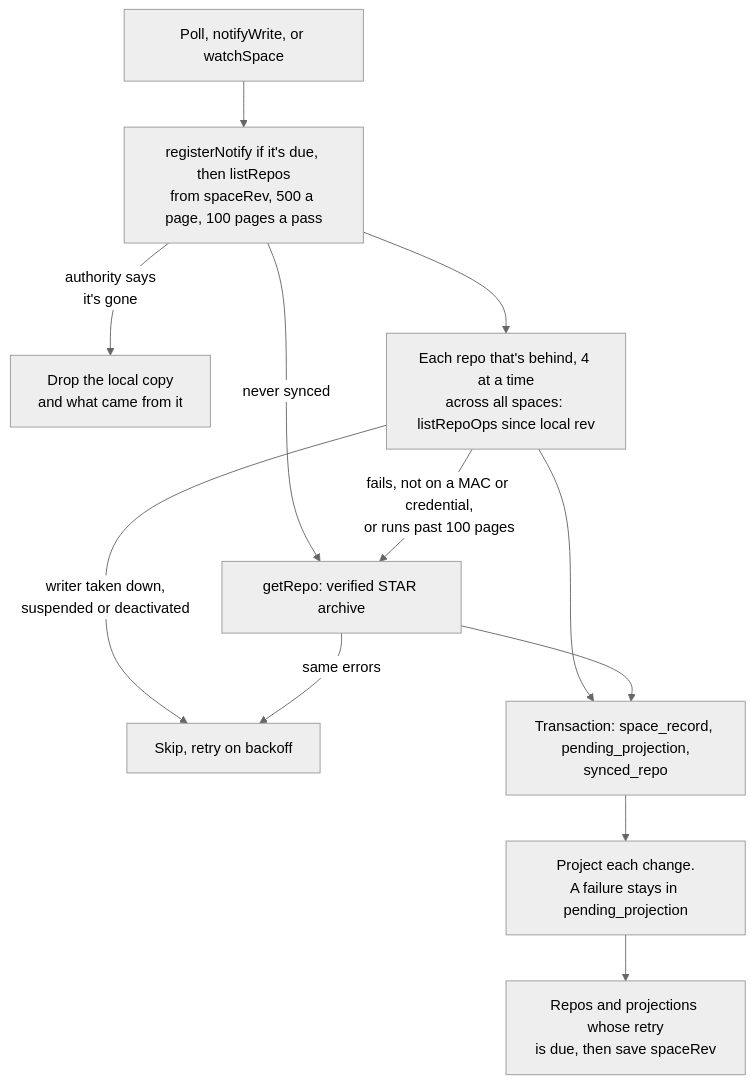
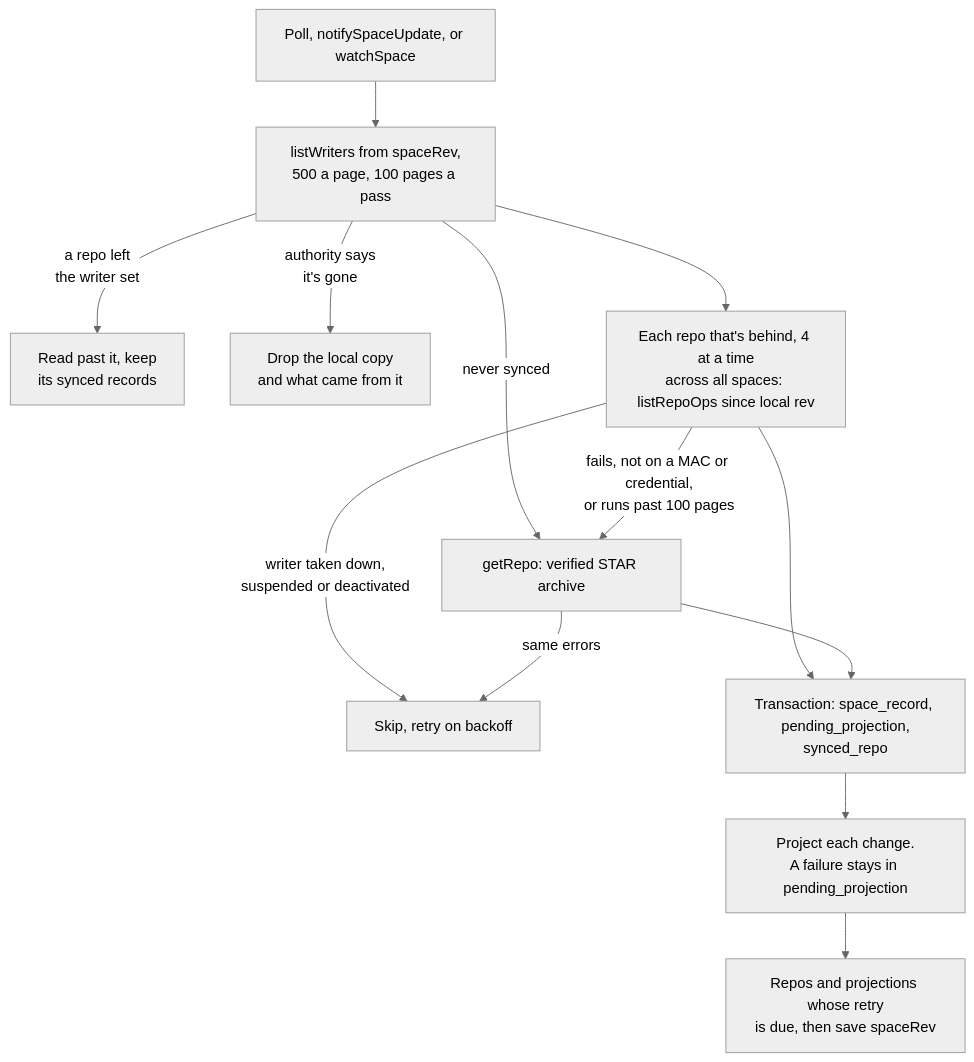
The fourth of 8 diagrams in apps/web/docs/diagrams/spaces.md (cutenode/localnetwork), drawn with Mermaid (neutral theme) before and after one commit. The commit also changed other lines of this file and 59 other files, not shown here.

````diff
--- a/apps/web/docs/diagrams/spaces.md
+++ b/apps/web/docs/diagrams/spaces.md
@@ -90,14 +90,15 @@
 ```mermaid
 flowchart TD
-  Trigger["Poll, notifyWrite, or watchSpace"] --> List["registerNotify if it's due, then listRepos<br/>from spaceRev, 500 a page, 100 pages a pass"]
+  Trigger["Poll, notifySpaceUpdate, or watchSpace"] --> List["listWriters from spaceRev,<br/>500 a page, 100 pages a pass"]
+  List -- "a repo left<br/>the writer set" --> Keep["Read past it, keep<br/>its synced records"]
   List -- "authority says<br/>it's gone" --> Drop["Drop the local copy<br/>and what came from it"]
   List --> Ops["Each repo that's behind, 4 at a time<br/>across all spaces: listRepoOps since local rev"]
   List -- "never synced" --> Star["getRepo: verified STAR archive"]
   Ops -- "fails, not on a MAC or credential,<br/>or runs past 100 pages" --> Star
   Ops -- "writer taken down,<br/>suspended or deactivated" --> Skip["Skip, retry on backoff"]
   Star -- "same errors" --> Skip
   Ops --> Apply["Transaction: space_record, pending_projection,<br/>synced_repo"]
   Star --> Apply
   Apply --> Project["Project each change.<br/>A failure stays in pending_projection"]
   Project --> Due["Repos and projections whose retry<br/>is due, then save spaceRev"]
 ```
````
